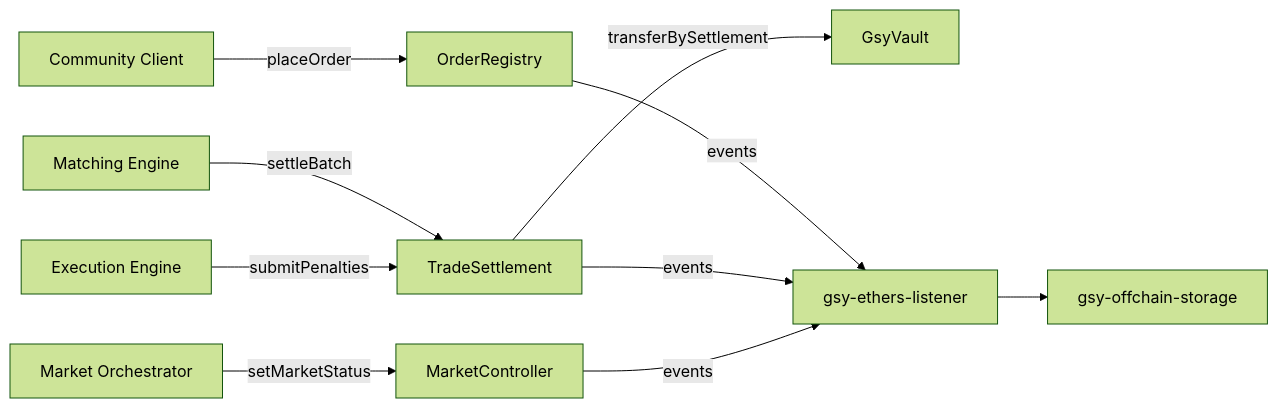
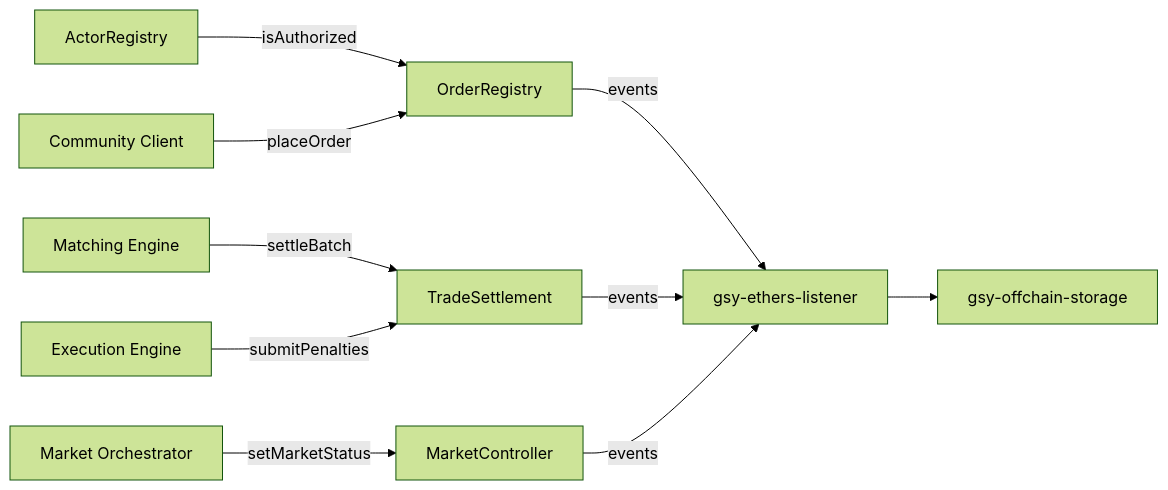
One commit to gridsingularity/gsy-decentralized-exchange changed the diagram in docs/platform/overview.md. Above: the diagram before and after it, drawn with Mermaid (forest theme). The commit also changed other lines of this file and 16 other files, not shown here.

Commit message:
feat: replace GsyVault with ActorRegistry

````diff
--- a/docs/platform/overview.md
+++ b/docs/platform/overview.md
@@ -22,12 +22,12 @@
 ```mermaid
 flowchart LR
     MO["Market Orchestrator"] -->|setMarketStatus| MC["MarketController"]
+    AR["ActorRegistry"] -->|isAuthorized| OR["OrderRegistry"]
     CC["Community Client"] -->|placeOrder| OR["OrderRegistry"]
     ME["Matching Engine"] -->|settleBatch| TS["TradeSettlement"]
     EE["Execution Engine"] -->|submitPenalties| TS
-    TS -->|transferBySettlement| GV["GsyVault"]
     OR -->|events| EL["gsy-ethers-listener"]
     TS -->|events| EL
     MC -->|events| EL
     EL --> OB["gsy-offchain-storage"]
 ```
````
